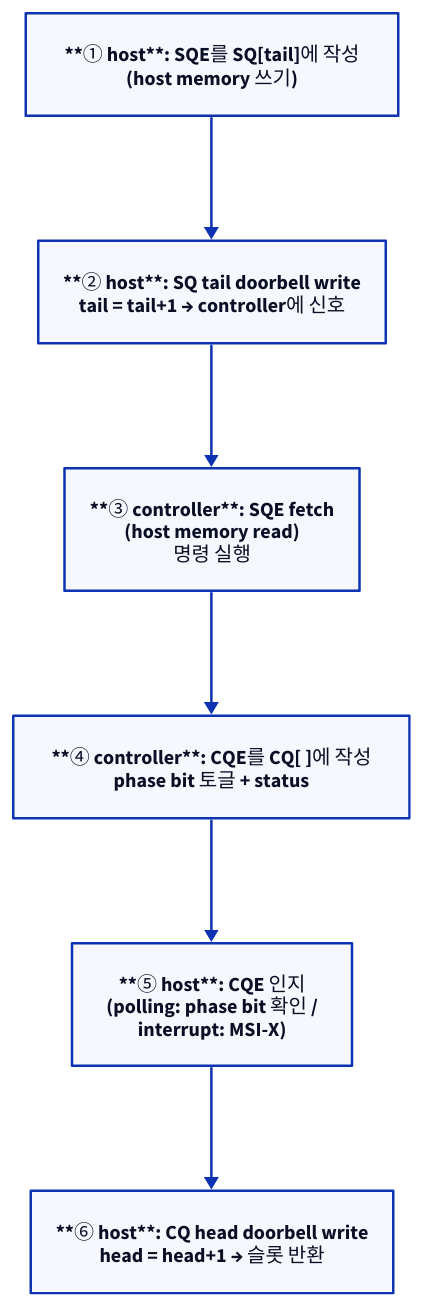
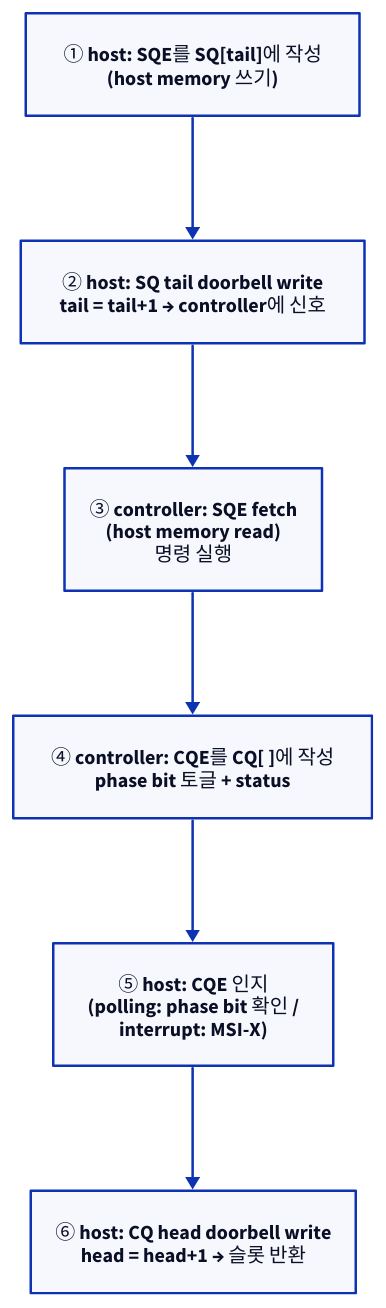
Before and after one commit to humbleowl39/DV_SKOOL: the second of 3 diagrams in starlight_site/src/content/docs/nvme/02_sq_cq_doorbell.md, drawn with D2. The commit also changed other lines of this file and 714 other files, not shown here.

First line of the commit message:
fix(site): d2 다이어그램 가독성 결함 6종 일괄 수정

````diff
--- a/starlight_site/src/content/docs/nvme/02_sq_cq_doorbell.md
+++ b/starlight_site/src/content/docs/nvme/02_sq_cq_doorbell.md
@@ -72,11 +72,11 @@
 ```d2
 direction: down
 
-S1: "**① host**: SQE를 SQ[tail]에 작성\n(host memory 쓰기)"
-S2: "**② host**: SQ tail doorbell write\ntail = tail+1 → controller에 신호"
-S3: "**③ controller**: SQE fetch\n(host memory read)\n명령 실행"
-S4: "**④ controller**: CQE를 CQ[ ]에 작성\nphase bit 토글 + status"
-S5: "**⑤ host**: CQE 인지\n(polling: phase bit 확인 /\ninterrupt: MSI-X)"
-S6: "**⑥ host**: CQ head doorbell write\nhead = head+1 → 슬롯 반환"
+S1: "① host: SQE를 SQ[tail]에 작성\n(host memory 쓰기)"
+S2: "② host: SQ tail doorbell write\ntail = tail+1 → controller에 신호"
+S3: "③ controller: SQE fetch\n(host memory read)\n명령 실행"
+S4: "④ controller: CQE를 CQ[ ]에 작성\nphase bit 토글 + status"
+S5: "⑤ host: CQE 인지\n(polling: phase bit 확인 /\ninterrupt: MSI-X)"
+S6: "⑥ host: CQ head doorbell write\nhead = head+1 → 슬롯 반환"
 S1 -> S2 -> S3 -> S4 -> S5 -> S6
 ```
````
